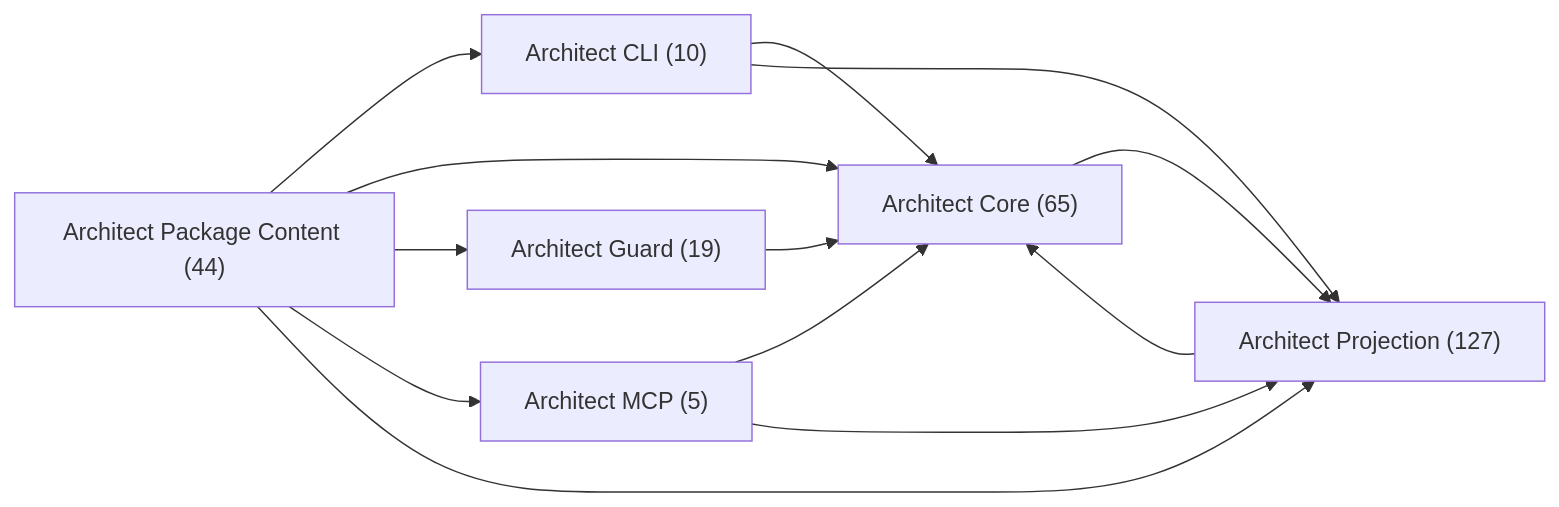
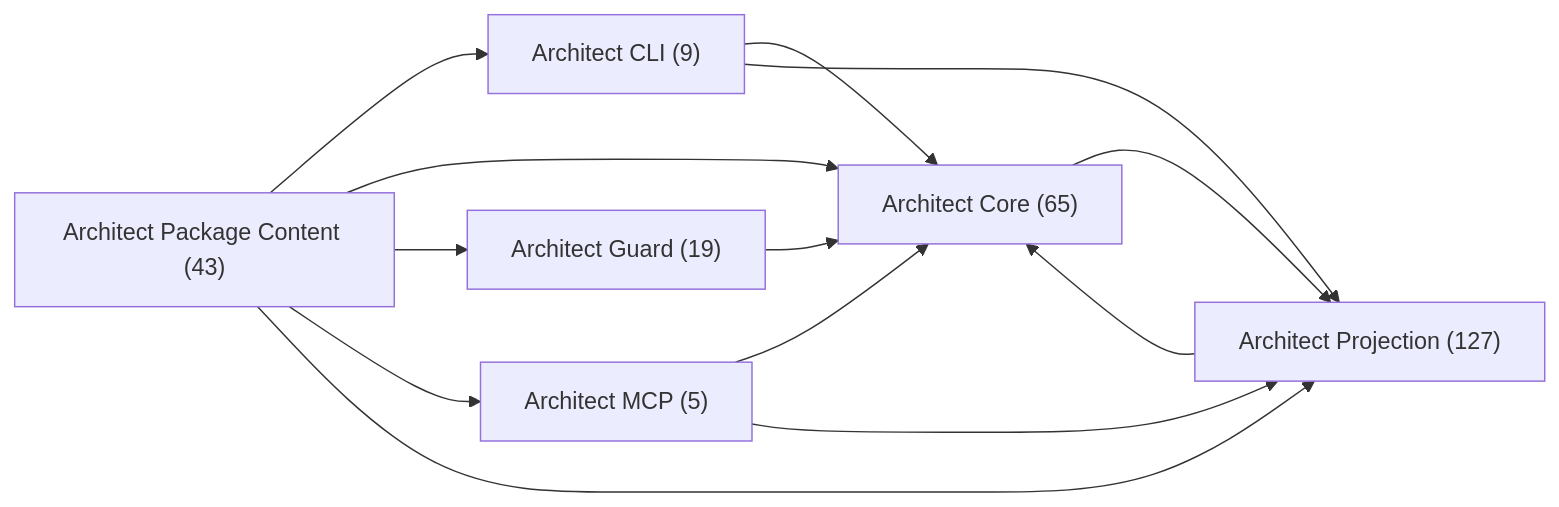
The first of 7 diagrams in docs-live/design-review/by-package.md (libar-dev/architect), drawn with Mermaid before and after one commit. The commit also changed other lines of this file and 20 other files, not shown here.

````diff
--- a/docs-live/design-review/by-package.md
+++ b/docs-live/design-review/by-package.md
@@ -18,21 +18,21 @@
 ```mermaid
 graph LR
-  pkg_architect_cli["Architect CLI (10)"]
+  pkg_architect_cli["Architect CLI (9)"]
   pkg_architect_core["Architect Core (65)"]
   pkg_architect_guard["Architect Guard (19)"]
   pkg_architect_mcp["Architect MCP (5)"]
-  pkg_architect_package_content["Architect Package Content (44)"]
+  pkg_architect_package_content["Architect Package Content (43)"]
   pkg_architect_projection["Architect Projection (127)"]
   pkg_architect_cli --> pkg_architect_core
   pkg_architect_cli --> pkg_architect_projection
   pkg_architect_core --> pkg_architect_projection
   pkg_architect_guard --> pkg_architect_core
   pkg_architect_mcp --> pkg_architect_core
   pkg_architect_mcp --> pkg_architect_projection
   pkg_architect_package_content --> pkg_architect_cli
   pkg_architect_package_content --> pkg_architect_core
   pkg_architect_package_content --> pkg_architect_guard
   pkg_architect_package_content --> pkg_architect_mcp
   pkg_architect_package_content --> pkg_architect_projection
   pkg_architect_projection --> pkg_architect_core
 ```
````
